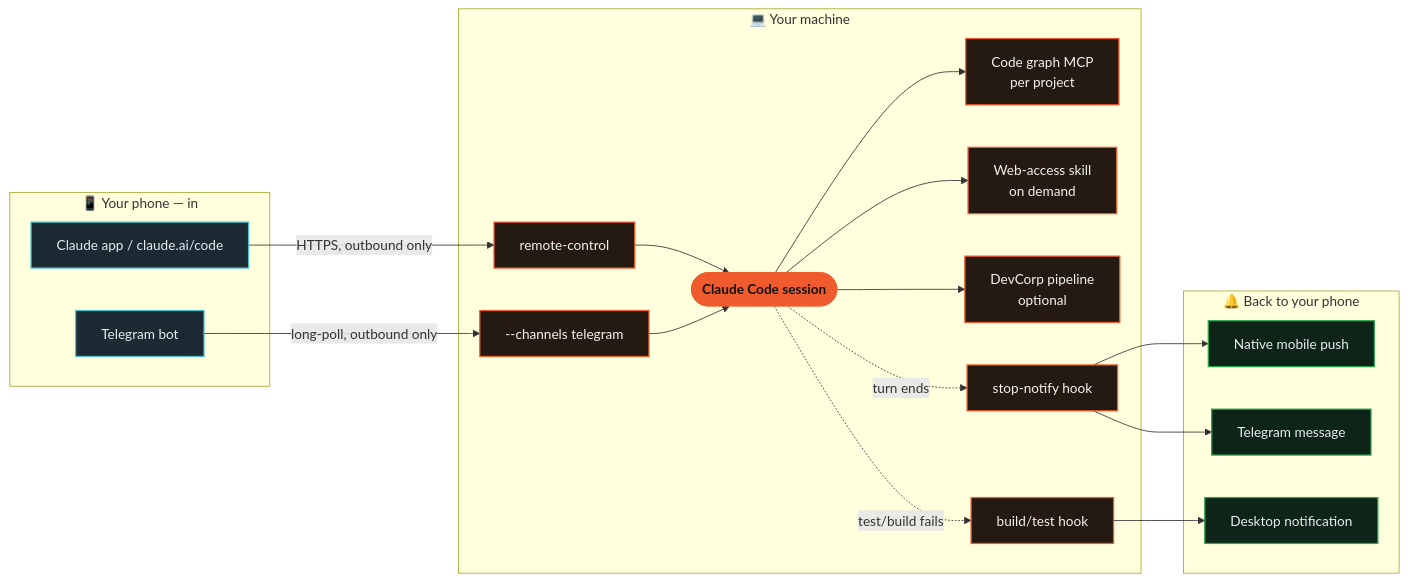
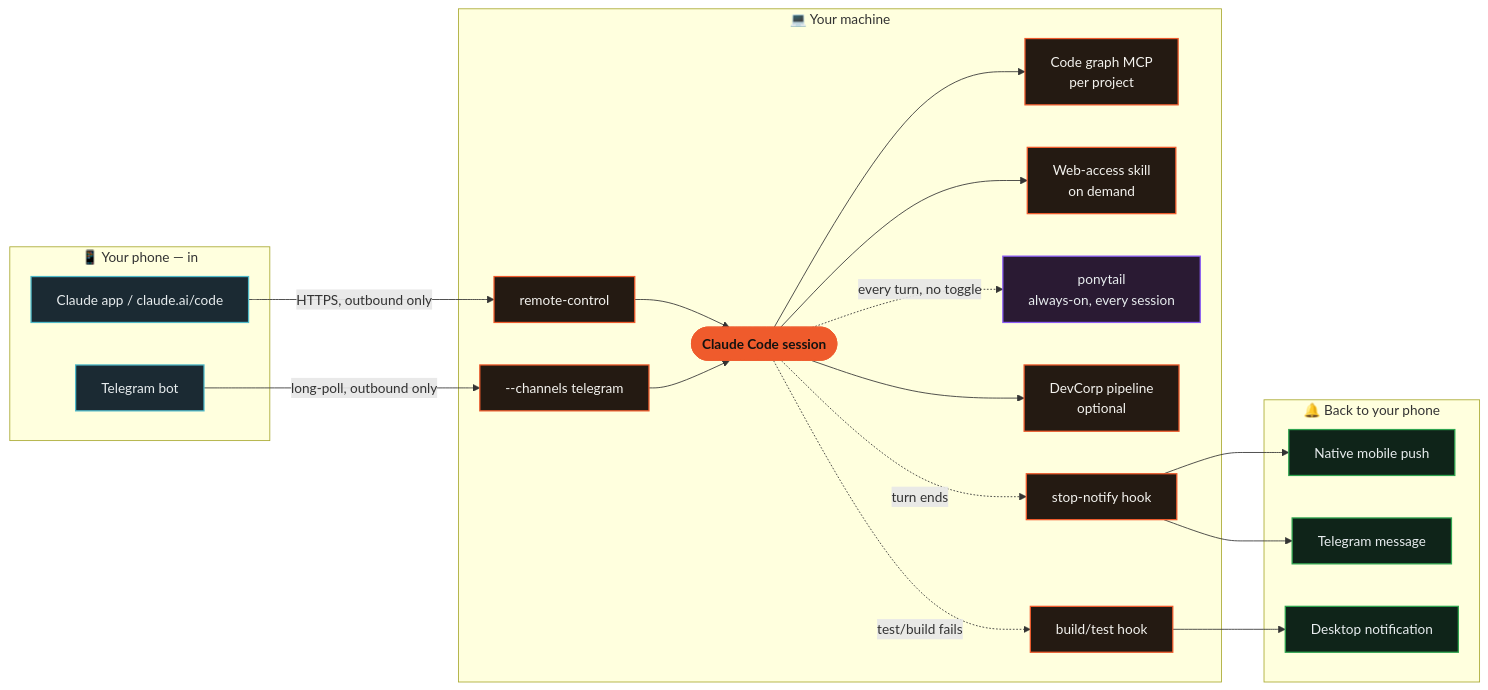
Before and after one commit to adro0303/overclaude: the second of 2 diagrams in README.md, drawn with Mermaid. The commit also changed other lines of this file and 4 other files, not shown here.

````diff
--- a/README.md
+++ b/README.md
@@ -145,42 +157,46 @@
 ```mermaid
 flowchart LR
     subgraph Phone["📱 Your phone — in"]
         App["Claude app / claude.ai/code"]
         TG["Telegram bot"]
     end
 
     subgraph PC["💻 Your machine"]
         RC["remote-control"]
         CH["--channels telegram"]
         Claude(["Claude Code session"])
         CBM["Code graph MCP<br/>per project"]
         AR["Web-access skill<br/>on demand"]
+        PT["ponytail<br/>always-on, every session"]
         DC["DevCorp pipeline<br/>optional"]
         Hook["build/test hook"]
         StopHook["stop-notify hook"]
     end
 
     subgraph Back["🔔 Back to your phone"]
         Push["Native mobile push"]
         TGmsg["Telegram message"]
         Desk["Desktop notification"]
     end
 
     App -- "HTTPS, outbound only" --> RC --> Claude
     TG -- "long-poll, outbound only" --> CH --> Claude
     Claude --> CBM
     Claude --> AR
+    Claude -. "every turn, no toggle" .-> PT
     Claude --> DC
     Claude -. "test/build fails" .-> Hook --> Desk
     Claude -. "turn ends" .-> StopHook --> TGmsg
     StopHook --> Push
 
     classDef mobile fill:#1b2a33,stroke:#4fbac9,stroke-width:1.5px,color:#e7ecee
     classDef machine fill:#241a12,stroke:#ef5b2c,stroke-width:1.5px,color:#f3f2ee
     classDef core fill:#ef5b2c,stroke:#ef5b2c,color:#141210,font-weight:bold
     classDef back fill:#0f2419,stroke:#2ea44f,stroke-width:1.5px,color:#e7ecee
+    classDef always fill:#2a1a33,stroke:#8b5cf6,stroke-width:1.5px,color:#e7ecee
     class App,TG mobile
     class RC,CH,Hook,StopHook,CBM,AR,DC machine
     class Claude core
     class Push,TGmsg,Desk back
+    class PT always
 ```
````
